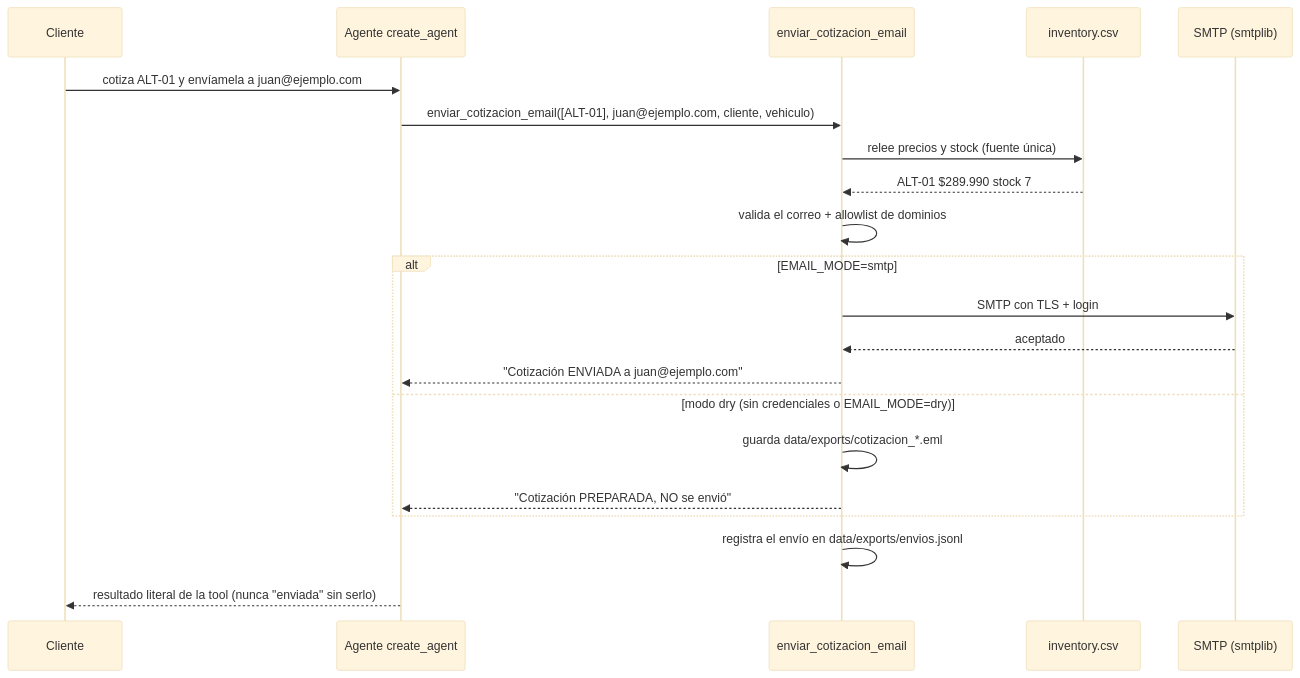
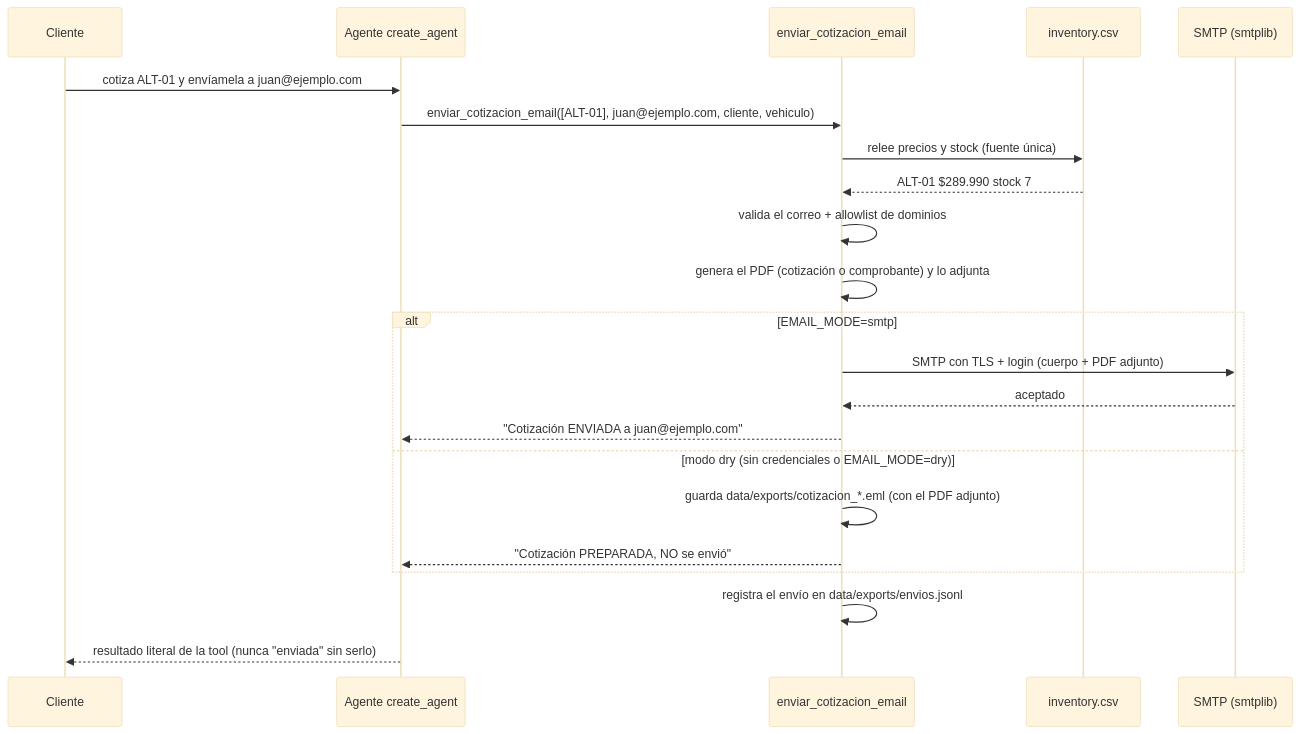
The fifth of 5 diagrams in docs/diagramas.md (FabianReyes02/EvaluacionIA1), drawn with Mermaid (base theme) before and after one commit. The commit also changed other lines of this file and 9 other files, not shown here.

Commit message:
cotizacion y comprobante en PDF adjunto al correo

````diff
--- a/docs/diagramas.md
+++ b/docs/diagramas.md
@@ -84,23 +84,24 @@
 ```mermaid
 sequenceDiagram
     participant C as Cliente
     participant A as Agente create_agent
     participant E as enviar_cotizacion_email
     participant CSV as inventory.csv
     participant S as SMTP (smtplib)
     C->>A: cotiza ALT-01 y envíamela a juan@ejemplo.com
     A->>E: enviar_cotizacion_email([ALT-01], juan@ejemplo.com, cliente, vehiculo)
     E->>CSV: relee precios y stock (fuente única)
     CSV-->>E: ALT-01 $289.990 stock 7
     E->>E: valida el correo + allowlist de dominios
+    E->>E: genera el PDF (cotización o comprobante) y lo adjunta
     alt EMAIL_MODE=smtp
-        E->>S: SMTP con TLS + login
+        E->>S: SMTP con TLS + login (cuerpo + PDF adjunto)
         S-->>E: aceptado
         E-->>A: "Cotización ENVIADA a juan@ejemplo.com"
     else modo dry (sin credenciales o EMAIL_MODE=dry)
-        E->>E: guarda data/exports/cotizacion_*.eml
+        E->>E: guarda data/exports/cotizacion_*.eml (con el PDF adjunto)
         E-->>A: "Cotización PREPARADA, NO se envió"
     end
     E->>E: registra el envío en data/exports/envios.jsonl
     A-->>C: resultado literal de la tool (nunca "enviada" sin serlo)
 ```
````
